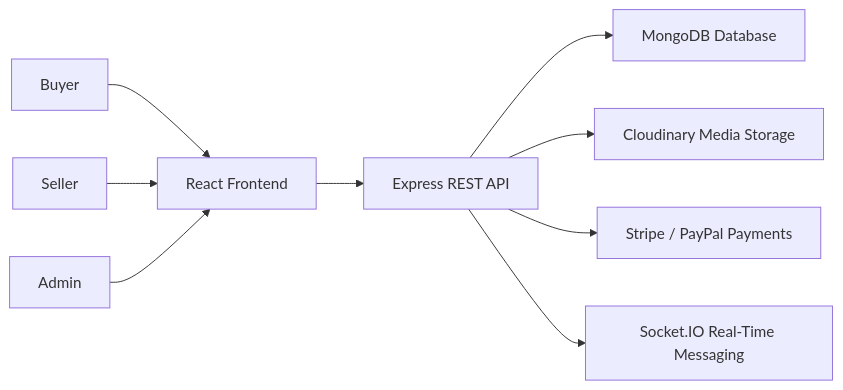
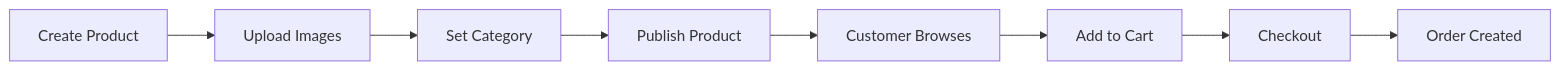
Before and after one commit to codebysana/OmniMart: the second of 11 diagrams in README.md, drawn with Mermaid. The commit also changed other lines of this file, not shown here.

````diff
--- a/README.md
+++ b/README.md
@@ -28,11 +777,14 @@
 ```mermaid
 flowchart LR
-    A[Buyer] --> B[React Frontend]
-    C[Seller] --> B
-    D[Admin] --> B
-    B --> E[Express REST API]
-    E --> F[MongoDB Database]
-    E --> G[Cloudinary Media Storage]
-    E --> H[Stripe / PayPal Payments]
-    E --> I[Socket.IO Real-Time Messaging]
+
+A[Create Product]
+B[Upload Images]
+C[Set Category]
+D[Publish Product]
+E[Customer Browses]
+F[Add to Cart]
+G[Checkout]
+H[Order Created]
+
+A --> B --> C --> D --> E --> F --> G --> H
 ```
````
